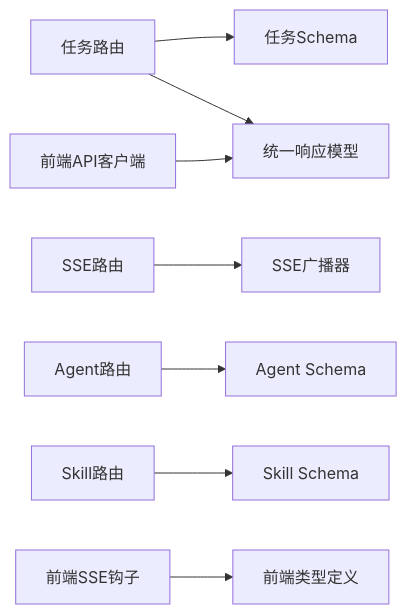
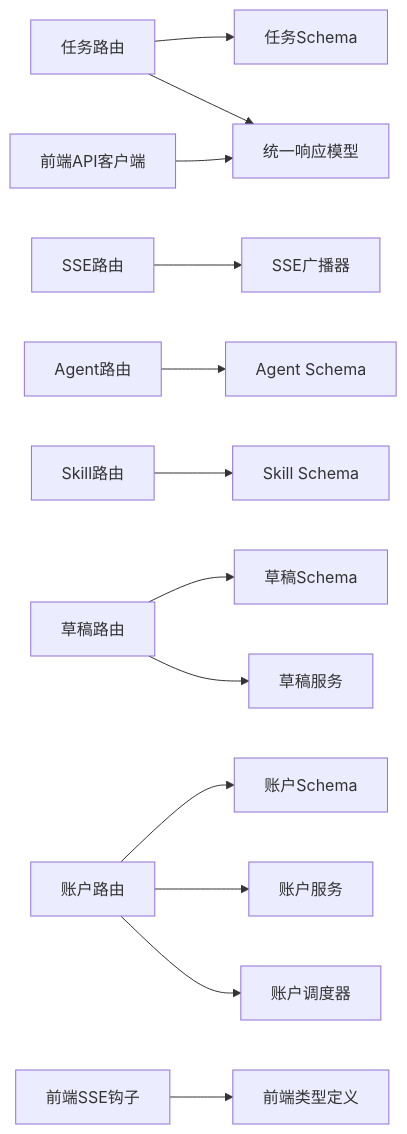
One commit to sansansansansan2022-web/hotclaw changed the fifth of 5 diagrams in .qoder/repowiki/zh/content/API接口文档/API接口文档.md. Above: the diagram before and after it, drawn with Mermaid. The commit also changed other lines of this file and 44 other files, not shown here.

````diff
--- a/.qoder/repowiki/zh/content/API接口文档/API接口文档.md
+++ b/.qoder/repowiki/zh/content/API接口文档/API接口文档.md
@@ -377,10 +628,15 @@
 ```mermaid
 graph LR
 TASK_RT["任务路由"] --> TASK_SCHEMA["任务Schema"]
 TASK_RT --> COMMON["统一响应模型"]
 STREAM_RT["SSE路由"] --> BROADCASTER["SSE广播器"]
 AGENT_RT["Agent路由"] --> AGENT_SCHEMA["Agent Schema"]
 SKILL_RT["Skill路由"] --> SKILL_SCHEMA["Skill Schema"]
+DRAFT_RT["草稿路由"] --> DRAFT_SCHEMA["草稿Schema"]
+DRAFT_RT --> DRAFT_SERVICE["草稿服务"]
+ACCOUNT_RT["账户路由"] --> ACCOUNT_SCHEMA["账户Schema"]
+ACCOUNT_RT --> ACCOUNT_SERVICE["账户服务"]
+ACCOUNT_RT --> SCHEDULER["账户调度器"]
 FE_API["前端API客户端"] --> COMMON
 FE_SSE["前端SSE钩子"] --> FE_TYPES["前端类型定义"]
 ```
````
